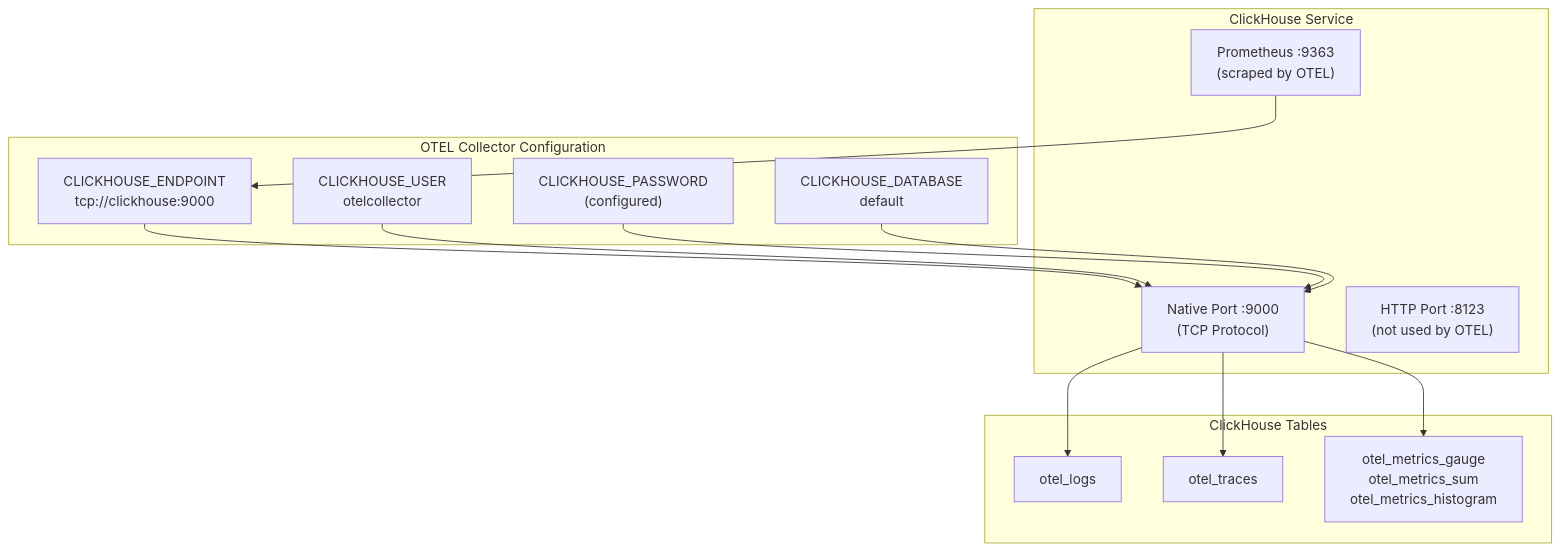
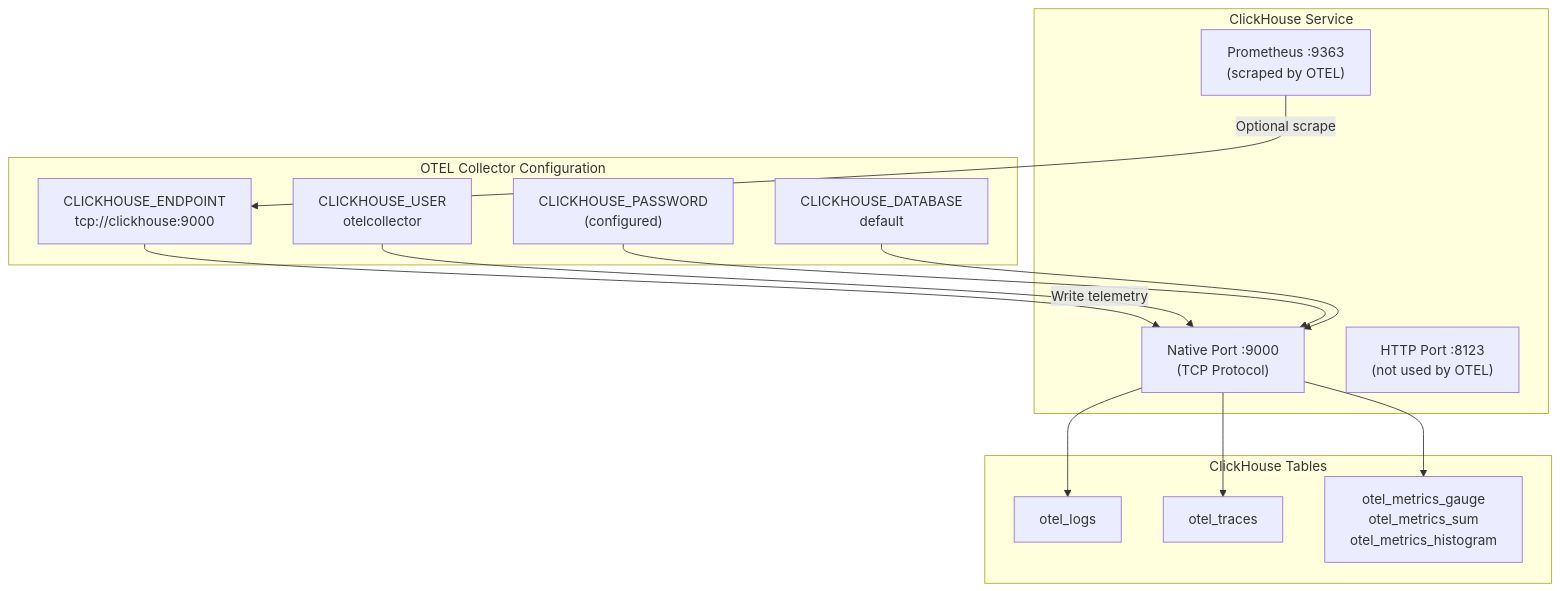
One commit to openchoreo/openchoreo changed the seventh of 7 diagrams in docs/hyperdxio-helm-charts-docs/OpenTelemetry-Collector.md. Above: the diagram before and after it, drawn with Mermaid. The commit also changed other lines of this file and 85 other files, not shown here.

Commit message:
feat: Add new workflow and specification templates, update Helm chart dependencies, and clarify documentation diagrams.

````diff
--- a/docs/hyperdxio-helm-charts-docs/OpenTelemetry-Collector.md
+++ b/docs/hyperdxio-helm-charts-docs/OpenTelemetry-Collector.md
@@ -400,42 +400,42 @@
 ```mermaid
 flowchart TD
 
 ENDPOINT["CLICKHOUSE_ENDPOINT<br>tcp://clickhouse:9000"]
 USER["CLICKHOUSE_USER<br>otelcollector"]
 PASS["CLICKHOUSE_PASSWORD<br>(configured)"]
 DB["CLICKHOUSE_DATABASE<br>default"]
 Native["Native Port :9000<br>(TCP Protocol)"]
 HTTP["HTTP Port :8123<br>(not used by OTEL)"]
 Prom["Prometheus :9363<br>(scraped by OTEL)"]
 Logs["otel_logs"]
 Traces["otel_traces"]
 Metrics["otel_metrics_gauge<br>otel_metrics_sum<br>otel_metrics_histogram"]
 
-ENDPOINT --> Native
+ENDPOINT -->|"Write telemetry"| Native
 USER --> Native
 PASS --> Native
 DB --> Native
 Native --> Logs
 Native --> Traces
 Native --> Metrics
-Prom --> ENDPOINT
+Prom -->|"Optional scrape"| ENDPOINT
 
 subgraph subGraph2 ["ClickHouse Tables"]
     Logs
     Traces
     Metrics
 end
 
 subgraph subGraph1 ["ClickHouse Service"]
     Native
     HTTP
     Prom
 end
 
 subgraph subGraph0 ["OTEL Collector Configuration"]
     ENDPOINT
     USER
     PASS
     DB
 end
 ```
````
